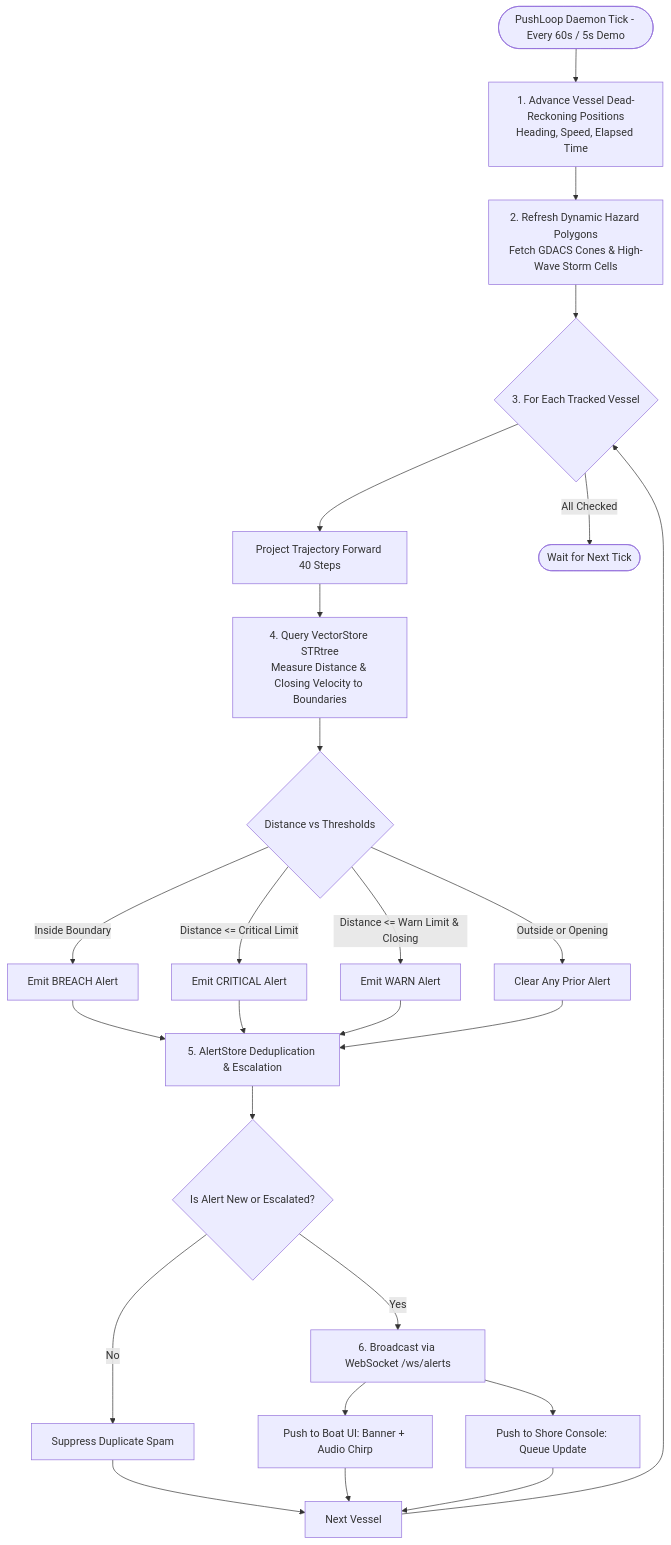
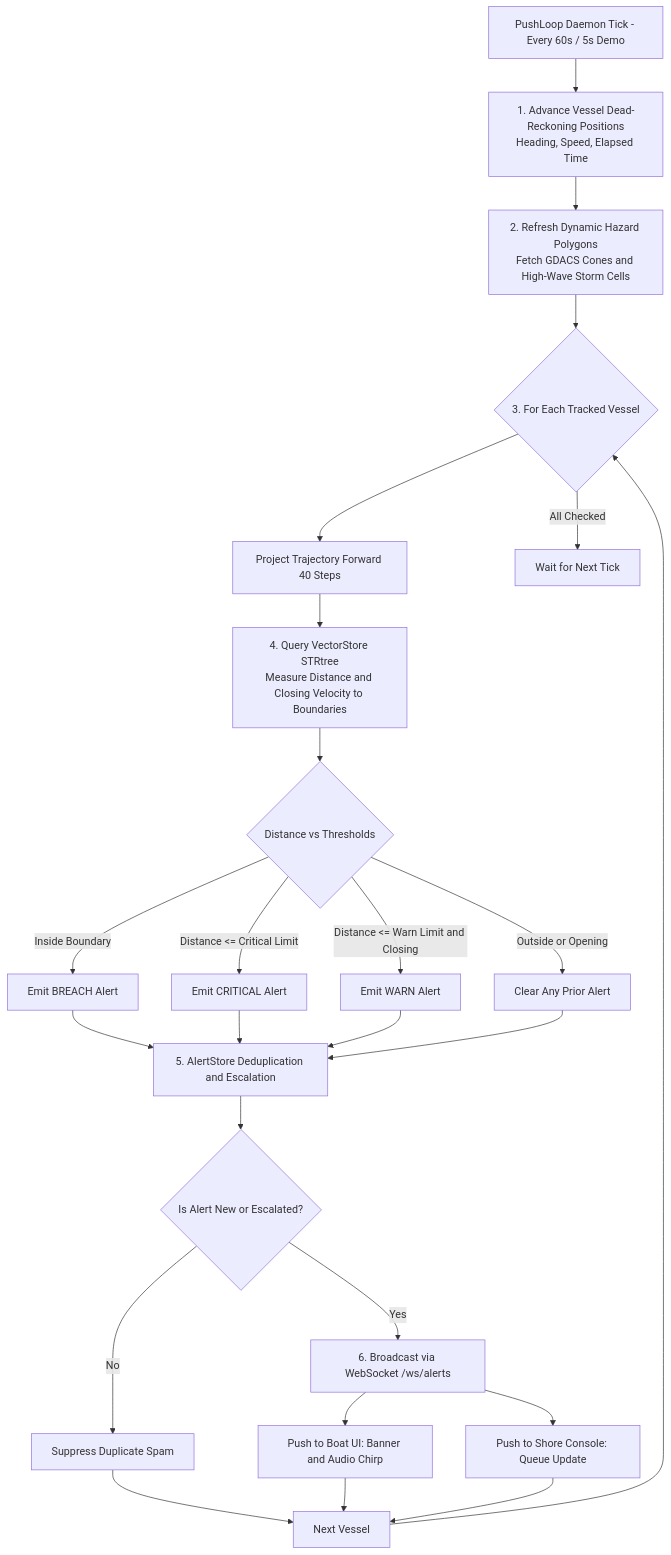
Before and after one commit to AmishhYadav/ForeShore: the third of 5 diagrams in README.md, drawn with Mermaid. The commit also changed other lines of this file, not shown here.

Commit message:
docs: refactor Mermaid diagrams in README to improve node formatting and consistency

````diff
--- a/README.md
+++ b/README.md
@@ -353,33 +354,33 @@
 ```mermaid
 flowchart TD
-    Start([PushLoop Daemon Tick - Every 60s / 5s Demo]) --> Adv[1. Advance Vessel Dead-Reckoning Positions<br/>Heading, Speed, Elapsed Time]
-    Adv --> DynHazard[2. Refresh Dynamic Hazard Polygons<br/>Fetch GDACS Cones & High-Wave Storm Cells]
+    Start["PushLoop Daemon Tick - Every 60s / 5s Demo"] --> Adv["1. Advance Vessel Dead-Reckoning Positions<br/>Heading, Speed, Elapsed Time"]
+    Adv --> DynHazard["2. Refresh Dynamic Hazard Polygons<br/>Fetch GDACS Cones and High-Wave Storm Cells"]
     
-    DynHazard --> LoopVessels{3. For Each Tracked Vessel}
-    LoopVessels --> ProjectTrack[Project Trajectory Forward 40 Steps]
-    ProjectTrack --> GeoScan[4. Query VectorStore STRtree<br/>Measure Distance & Closing Velocity to Boundaries]
+    DynHazard --> LoopVessels{"3. For Each Tracked Vessel"}
+    LoopVessels --> ProjectTrack["Project Trajectory Forward 40 Steps"]
+    ProjectTrack --> GeoScan["4. Query VectorStore STRtree<br/>Measure Distance and Closing Velocity to Boundaries"]
     
-    GeoScan --> CheckLevels{Distance vs Thresholds}
-    CheckLevels -- "Inside Boundary" --> Breach[Emit BREACH Alert]
-    CheckLevels -- "Distance <= Critical Limit" --> Crit[Emit CRITICAL Alert]
-    CheckLevels -- "Distance <= Warn Limit & Closing" --> Warn[Emit WARN Alert]
-    CheckLevels -- "Outside or Opening" --> Clear[Clear Any Prior Alert]
+    GeoScan --> CheckLevels{"Distance vs Thresholds"}
+    CheckLevels -- "Inside Boundary" --> Breach["Emit BREACH Alert"]
+    CheckLevels -- "Distance <= Critical Limit" --> Crit["Emit CRITICAL Alert"]
+    CheckLevels -- "Distance <= Warn Limit and Closing" --> Warn["Emit WARN Alert"]
+    CheckLevels -- "Outside or Opening" --> Clear["Clear Any Prior Alert"]
 
-    Breach --> AlertStore[5. AlertStore Deduplication & Escalation]
+    Breach --> AlertStore["5. AlertStore Deduplication and Escalation"]
     Crit --> AlertStore
     Warn --> AlertStore
     Clear --> AlertStore
 
-    AlertStore --> CheckNew{Is Alert New or Escalated?}
-    CheckNew -- Yes --> WS[6. Broadcast via WebSocket /ws/alerts]
-    CheckNew -- No --> Suppress[Suppress Duplicate Spam]
+    AlertStore --> CheckNew{"Is Alert New or Escalated?"}
+    CheckNew -- "Yes" --> WS["6. Broadcast via WebSocket /ws/alerts"]
+    CheckNew -- "No" --> Suppress["Suppress Duplicate Spam"]
 
-    WS --> PushBoat[Push to Boat UI: Banner + Audio Chirp]
-    WS --> PushConsole[Push to Shore Console: Queue Update]
+    WS --> PushBoat["Push to Boat UI: Banner and Audio Chirp"]
+    WS --> PushConsole["Push to Shore Console: Queue Update"]
     
-    Suppress --> NextVessel[Next Vessel]
+    Suppress --> NextVessel["Next Vessel"]
     PushBoat --> NextVessel
     PushConsole --> NextVessel
     NextVessel --> LoopVessels
-    LoopVessels -- All Checked --> End([Wait for Next Tick])
+    LoopVessels -- "All Checked" --> EndNode["Wait for Next Tick"]
 ```
````
